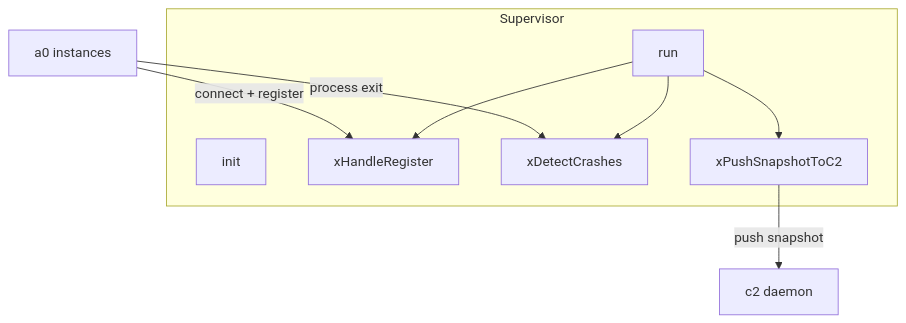
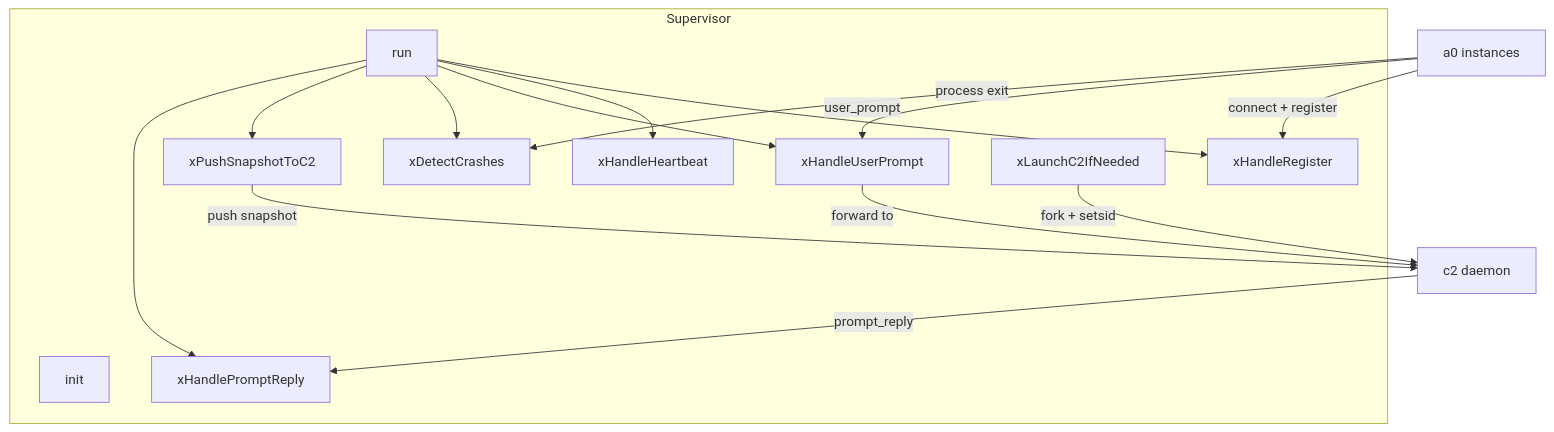
Before and after one commit to opensassi/a0: the first of 2 diagrams in src/b1/supervisor.spec.md, drawn with Mermaid. The commit also changed other lines of this file and 71 other files, not shown here.

````diff
--- a/src/b1/supervisor.spec.md
+++ b/src/b1/supervisor.spec.md
@@ -54,17 +68,28 @@
 ```mermaid
 graph TB
     subgraph Supervisor
         INIT[init]
         LOOP[run]
         REG[xHandleRegister]
+        HB[xHandleHeartbeat]
+        UP[xHandleUserPrompt]
+        REPLY[xHandlePromptReply]
         CRASH[xDetectCrashes]
         C2[xPushSnapshotToC2]
+        LAUNCH[xLaunchC2IfNeeded]
     end
 
     A0[a0 instances] -->|connect + register| REG
+    A0 -->|user_prompt| UP
     A0 -->|process exit| CRASH
-    C2 -->|push snapshot| c2[c2 daemon]
+    C2DAEMON[c2 daemon] -->|prompt_reply| REPLY
+    C2 -->|push snapshot| C2DAEMON
+    LAUNCH -->|fork + setsid| C2DAEMON
+    UP -->|forward to| C2DAEMON
     LOOP --> REG
+    LOOP --> HB
+    LOOP --> UP
     LOOP --> CRASH
     LOOP --> C2
+    LOOP --> REPLY
 ```
````
